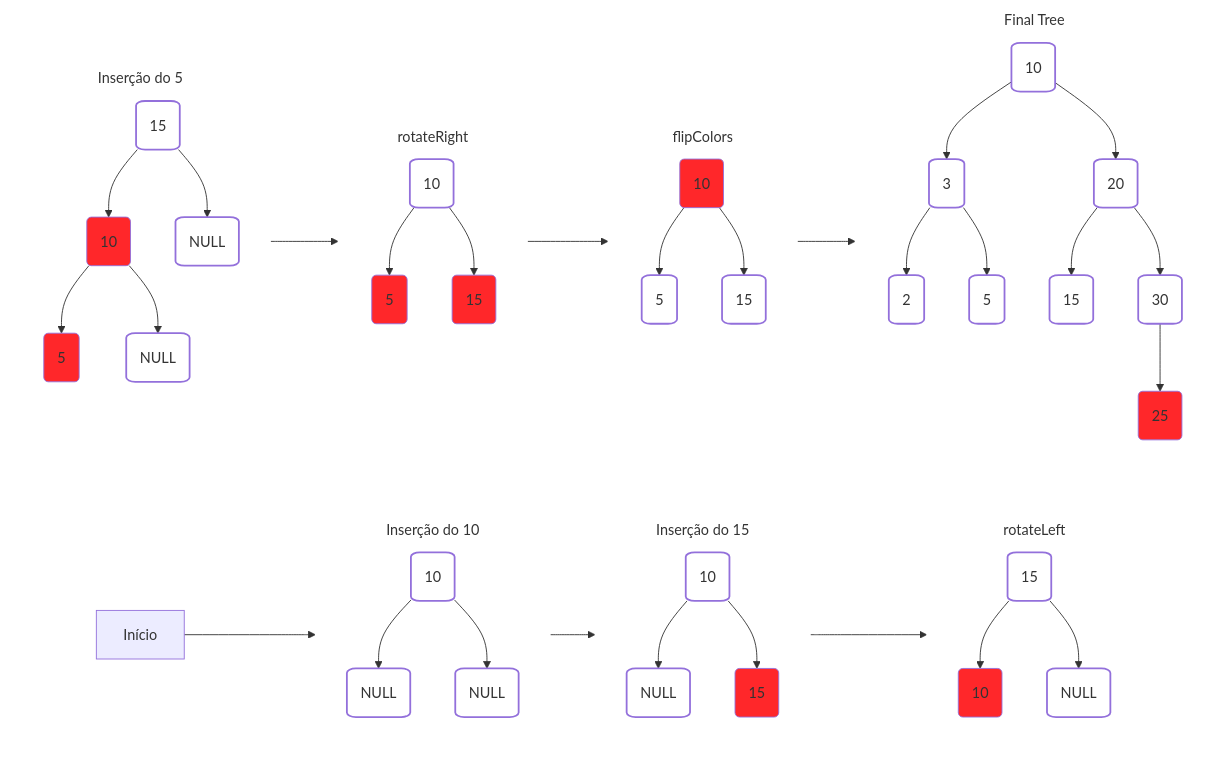
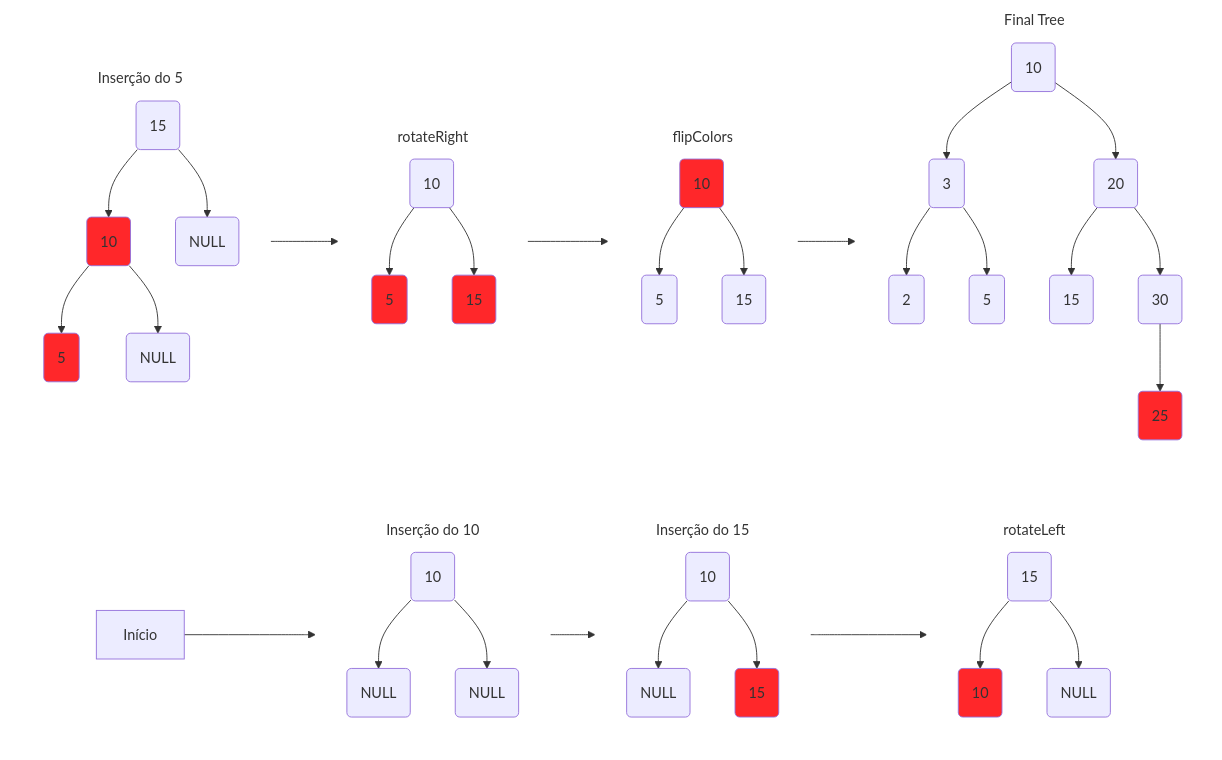
Before and after one commit to west7/EDA2: the first of 2 diagrams in docs/apostila/ÁrvoreRedBlack.md, drawn with Mermaid. The commit also changed other lines of this file and 15 other files, not shown here.

````diff
--- a/docs/apostila/ÁrvoreRedBlack.md
+++ b/docs/apostila/ÁrvoreRedBlack.md
@@ -77,62 +77,61 @@
 ```mermaid
 graph LR;
 
     subgraph I1[Inserção do 10]
     A(10) --> B(NULL) & C(NULL)
     end
 
     subgraph I2[Inserção do 15]
     A2(10) --> B2(NULL) & C2(15)
     end
 
     subgraph I3[rotateLeft]
     A3(15) --> C3(10) & B3(NULL)
     end
     
     subgraph I4[Inserção do 5]
     A4(15)--> B4(10) --> C4(5)
     A4(15) --> D4(NULL)
     B4(10) --> E4(NULL)
     end
 
     subgraph I5[rotateRight]
     A5(10) --> B5(5) & C5(15)
     end
 
     subgraph I6[flipColors]
     A6(10) --> B6(5) & C6(15)
     end
 
     subgraph I7[Final Tree]
     a7(10) --> b7(3) & c7(20)
     b7(3) --> d7(2) & e7(5)
     c7(20) --> f7(15) & g7(30)
     g7(30) --> h7(25)
     end
 
     classDef myNodeStyle fill:#FFF,stroke-width:2px, rx: 10px, ry 10px;
 
-    class A,B,C,A2,B2,A3,B3,A4,D4,E4,A5,B6,C6,a7,b7,c7,d7,e7,f7,g7 myNodeStyle;
 
     style C2 fill: #FF272A, 
     style C3 fill: #FF272A
     style B4 fill: #FF272A
     style C4 fill: #FF272A
     style B5 fill: #FF272A
     style C5 fill: #FF272A
     style A6 fill: #FF272A
     style h7 fill: #FF272A
 
     style I1 fill: #FFFFFF00, stroke:#FFF, stroke-width: 1px;
     style I2 fill: #FFFFFF00, stroke:#FFF, stroke-width: 1px;
     style I3 fill: #FFFFFF00, stroke:#FFF, stroke-width: 1px;
     style I4 fill: #FFFFFF00, stroke:#FFF, stroke-width: 1px;
     style I5 fill: #FFFFFF00, stroke:#FFF, stroke-width: 1px;
     style I6 fill: #FFFFFF00, stroke:#FFF, stroke-width: 1px;
     style I7 fill: #FFFFFF00, stroke:#FFF, stroke-width: 1px;
 
     
     Início --> I1 --> I2 --> I3;
     I4 --> I5 --> I6 --> I7;    
      
 ```
````
